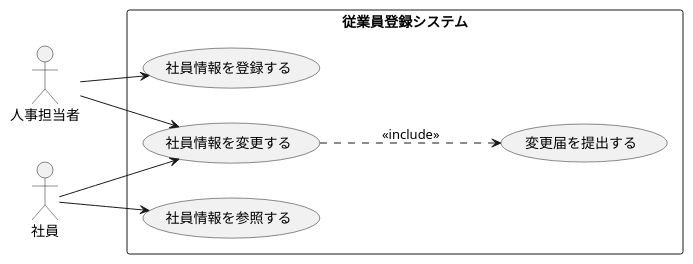
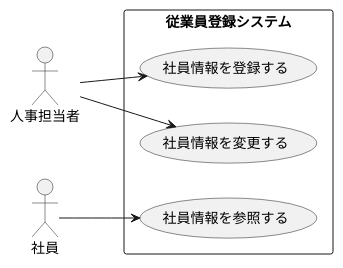
The diagram in 演習2-6_盛岡システム_従業員登録システム.pu (omorirenka/uml-introduction), drawn with PlantUML before and after one commit.

Commit message:
演習2-6修正

```diff
--- a/演習2-6_盛岡システム_従業員登録システム.pu
+++ b/演習2-6_盛岡システム_従業員登録システム.pu
@@ -1,16 +1,13 @@
 @startuml ユースケース図
 left to right direction
 actor 人事担当者
 actor 社員
 rectangle 従業員登録システム{
 usecase 社員情報を登録する as a
 usecase 社員情報を変更する as b
 usecase 社員情報を参照する as c
-usecase 変更届を提出する as d
 }
 人事担当者 --> a
 人事担当者 --> b
-社員 --> b
 社員 --> c 
-b ...> d : << include >>
 @enduml
```
